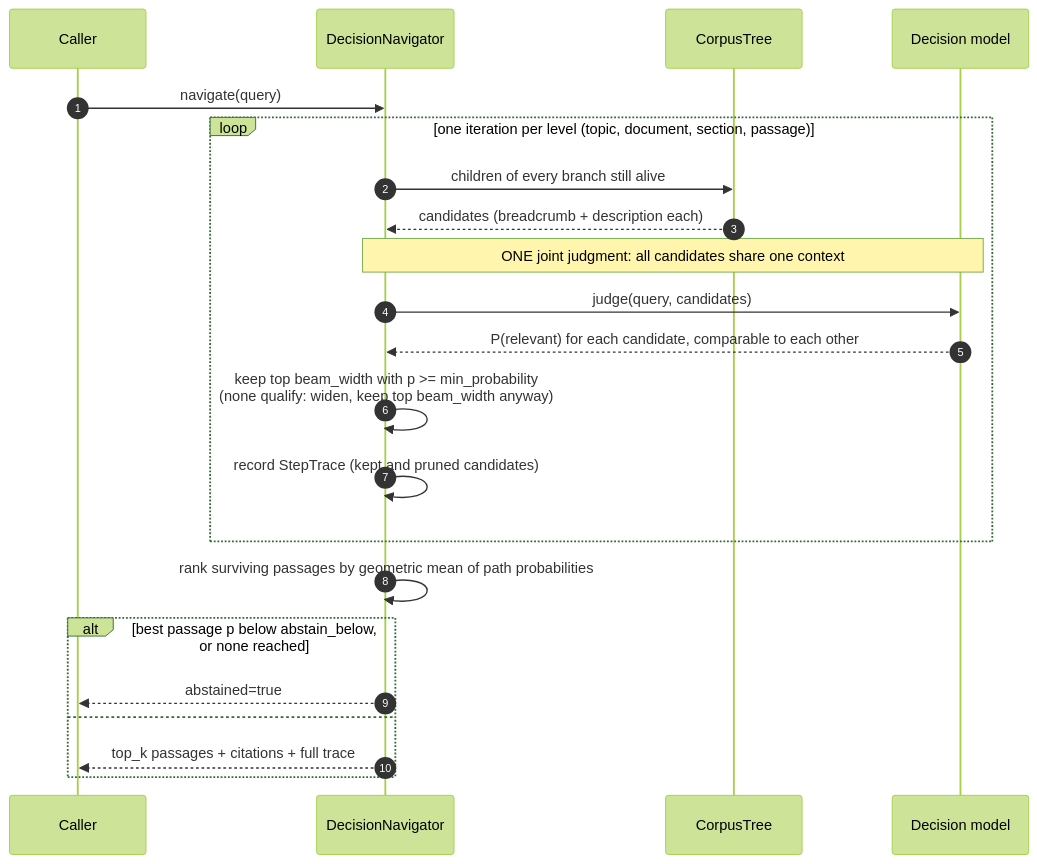
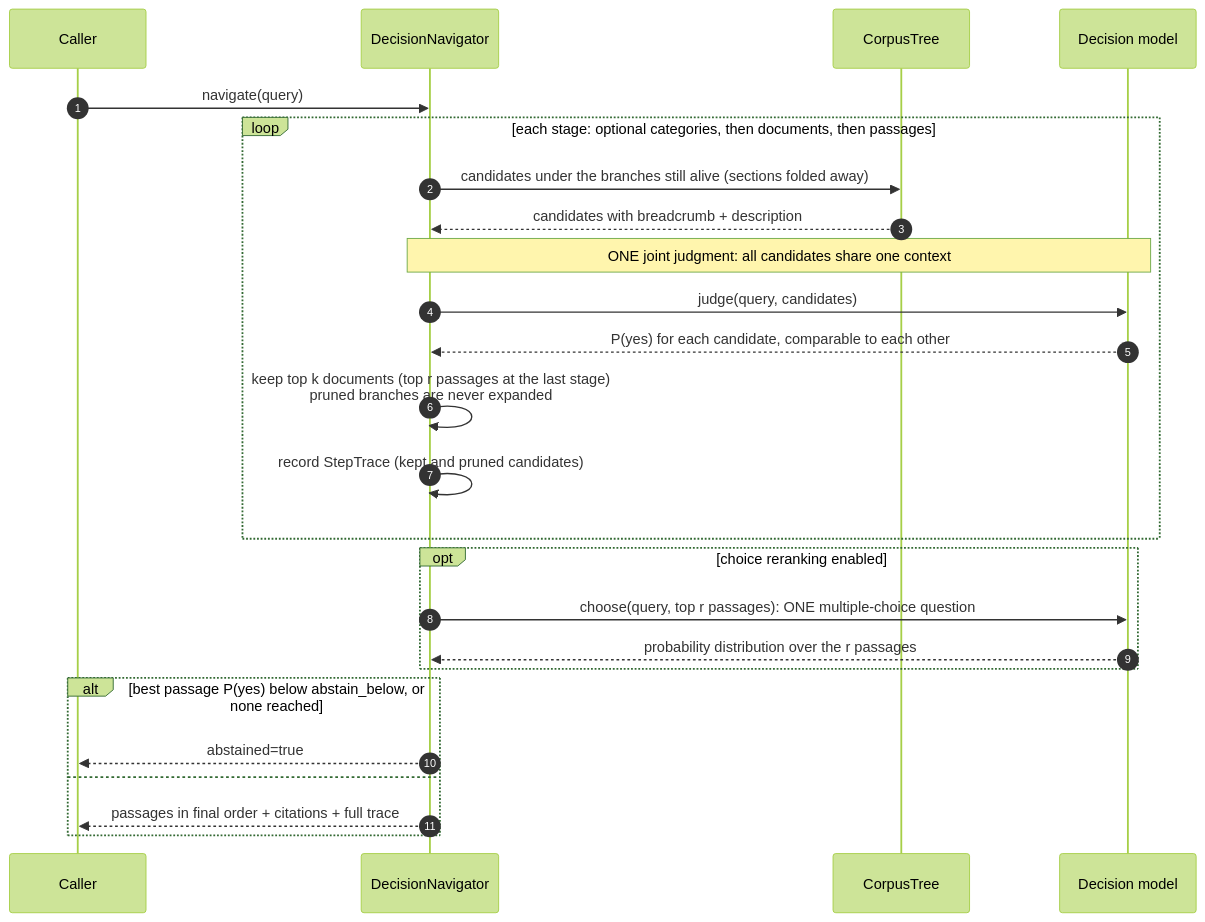
Before and after one commit to biswajitNanda223/AgentVerse: the diagram in agents/decision_rag/docs/diagrams/03-navigation-sequence.mmd, drawn with Mermaid (forest theme). The commit also changed 43 other files, not shown here.

First line of the commit message:
feat(decision_rag): follow the paper's Figure 2 pipeline (screen docs, score passages, optional choice rerank)

```diff
--- a/agents/decision_rag/docs/diagrams/03-navigation-sequence.mmd
+++ b/agents/decision_rag/docs/diagrams/03-navigation-sequence.mmd
@@ -1,22 +1,25 @@
 sequenceDiagram
   autonumber
   participant U as Caller
   participant N as DecisionNavigator
   participant T as CorpusTree
   participant M as Decision model
   U->>N: navigate(query)
-  loop one iteration per level (topic, document, section, passage)
-    N->>T: children of every branch still alive
-    T-->>N: candidates (breadcrumb + description each)
+  loop each stage: optional categories, then documents, then passages
+    N->>T: candidates under the branches still alive (sections folded away)
+    T-->>N: candidates with breadcrumb + description
     Note over N,M: ONE joint judgment: all candidates share one context
     N->>M: judge(query, candidates)
-    M-->>N: P(relevant) for each candidate, comparable to each other
-    N->>N: keep top beam_width with p >= min_probability<br/>(none qualify: widen, keep top beam_width anyway)
+    M-->>N: P(yes) for each candidate, comparable to each other
+    N->>N: keep top k documents (top r passages at the last stage)<br/>pruned branches are never expanded
     N->>N: record StepTrace (kept and pruned candidates)
   end
-  N->>N: rank surviving passages by geometric mean of path probabilities
-  alt best passage p below abstain_below, or none reached
+  opt choice reranking enabled
+    N->>M: choose(query, top r passages): ONE multiple-choice question
+    M-->>N: probability distribution over the r passages
+  end
+  alt best passage P(yes) below abstain_below, or none reached
     N-->>U: abstained=true
   else
-    N-->>U: top_k passages + citations + full trace
+    N-->>U: passages in final order + citations + full trace
   end
```
